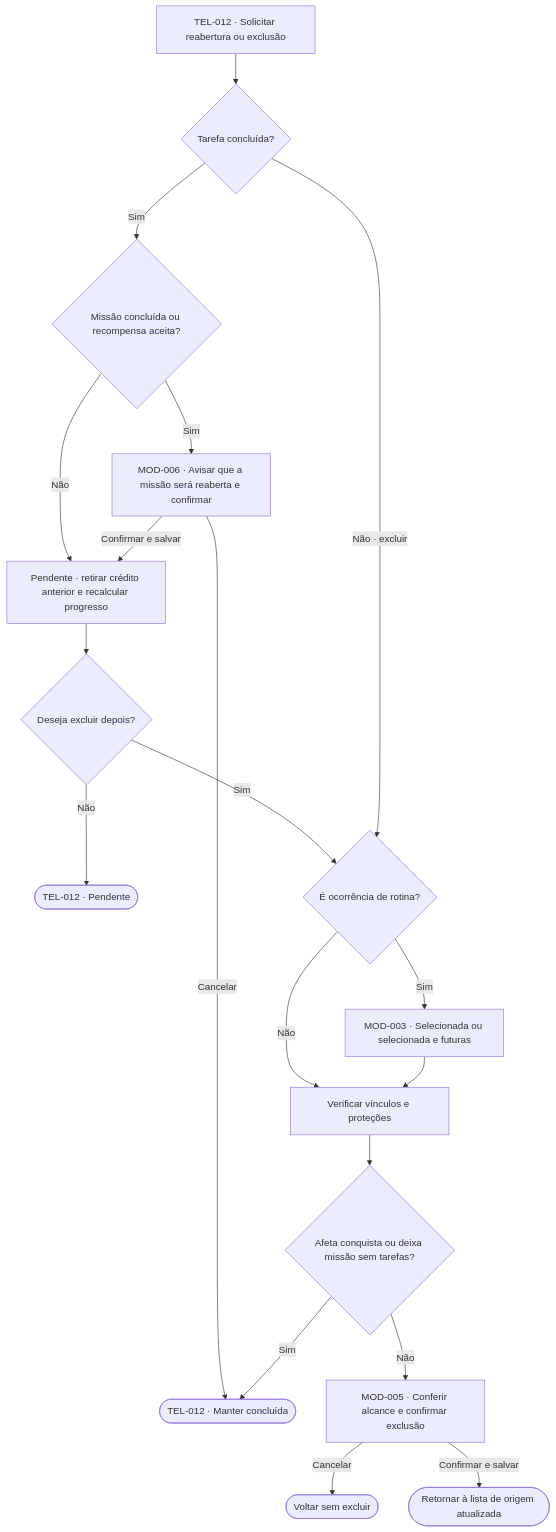
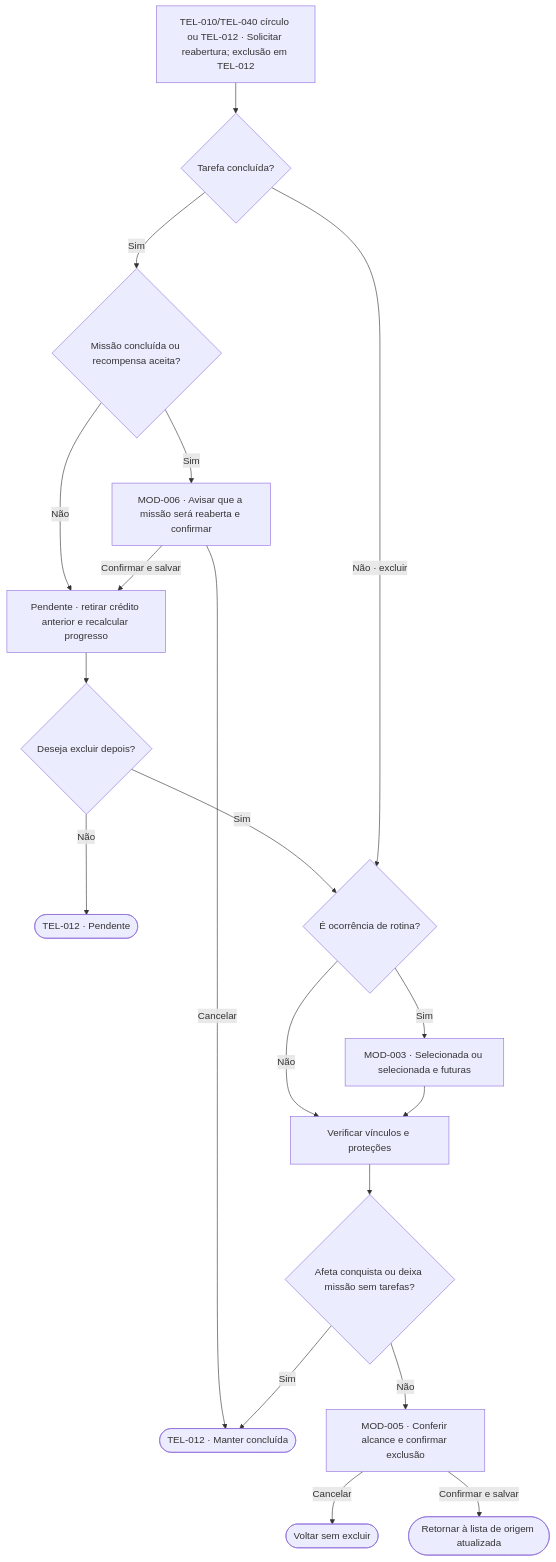
One commit to lizandramalta/App-Rotina-Familiar changed the eighth of 16 diagrams in docs/design/user-flows.md. Above: the diagram before and after it, drawn with Mermaid. The commit also changed other lines of this file and 26 other files, not shown here.

````diff
--- a/docs/design/user-flows.md
+++ b/docs/design/user-flows.md
@@ -327,21 +329,21 @@
 ```mermaid
 flowchart TD
-    A["TEL-012 · Solicitar reabertura ou exclusão"] --> B{"Tarefa concluída?"}
+    A["TEL-010/TEL-040 círculo ou TEL-012 · Solicitar reabertura; exclusão em TEL-012"] --> B{"Tarefa concluída?"}
     B -->|Sim| C{"Missão concluída ou recompensa aceita?"}
     C -->|Não| F["Pendente · retirar crédito anterior e recalcular progresso"]
     C -->|Sim| E["MOD-006 · Avisar que a missão será reaberta e confirmar"]
     E -->|Cancelar| D(["TEL-012 · Manter concluída"])
     E -->|Confirmar e salvar| F
     F --> G{"Deseja excluir depois?"}
     G -->|Não| H(["TEL-012 · Pendente"])
     G -->|Sim| I{"É ocorrência de rotina?"}
     B -->|Não · excluir| I
     I -->|Sim| J["MOD-003 · Selecionada ou selecionada e futuras"]
     I -->|Não| K["Verificar vínculos e proteções"]
     J --> K
     K --> L{"Afeta conquista ou deixa missão sem tarefas?"}
     L -->|Sim| D
     L -->|Não| M["MOD-005 · Conferir alcance e confirmar exclusão"]
     M -->|Cancelar| N(["Voltar sem excluir"])
     M -->|Confirmar e salvar| O(["Retornar à lista de origem atualizada"])
 ```
````
